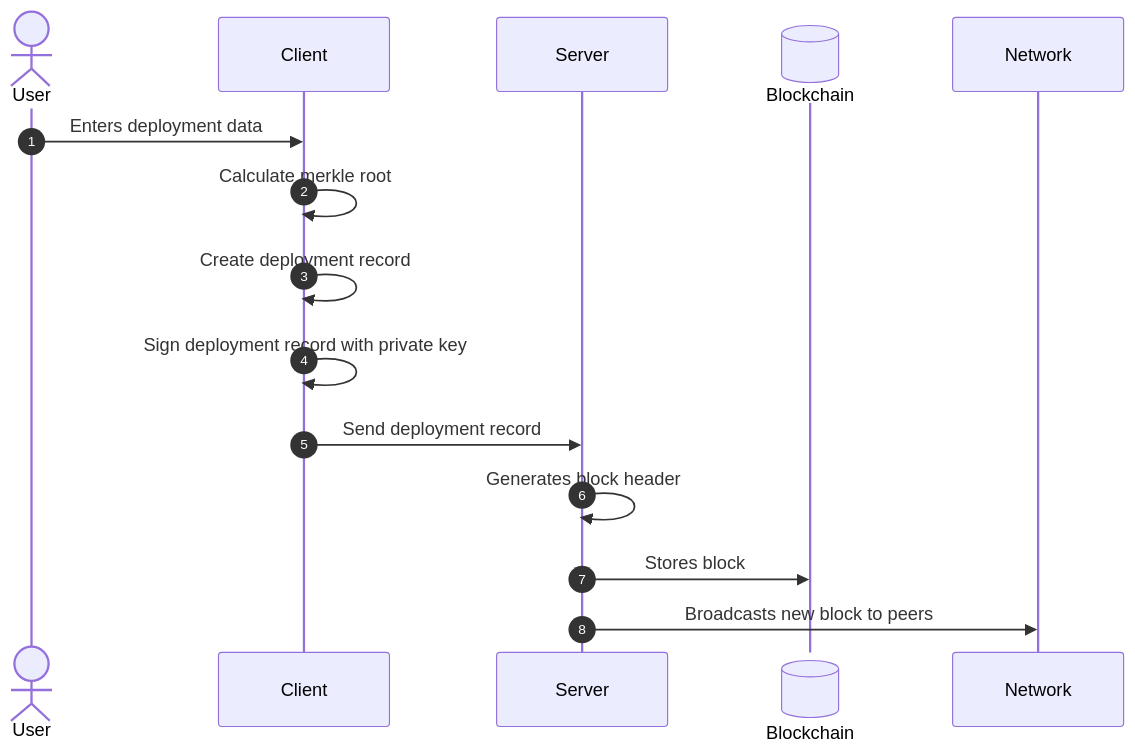
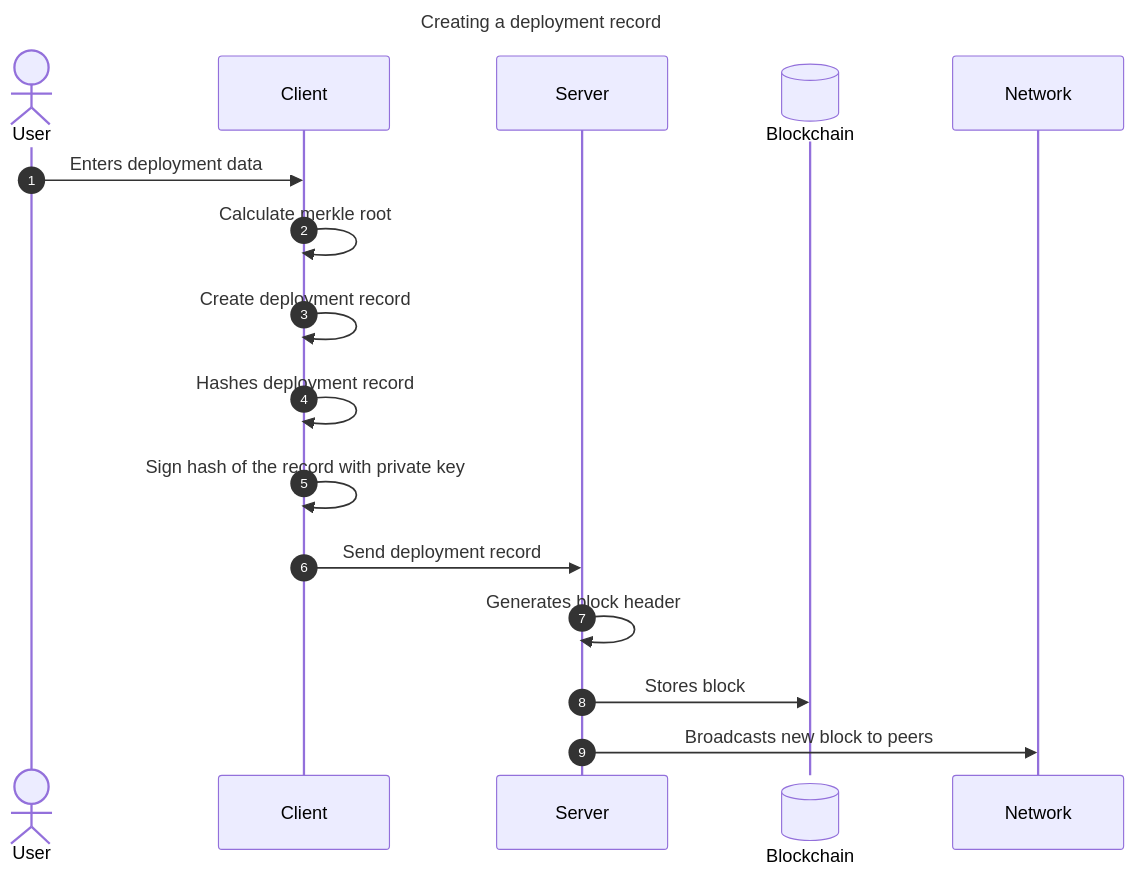
The sixth of 7 diagrams in docs/specs/#1.md (iBrotNano/blockchain_workshop_project), drawn with Mermaid before and after one commit. The commit also changed other lines of this file and 4 other files, not shown here.

````diff
--- a/docs/specs/#1.md
+++ b/docs/specs/#1.md
@@ -175,16 +184,20 @@
 ```mermaid
+---
+title: "Creating a deployment record"
+---
 sequenceDiagram
     autonumber
     actor User
     participant Client
     participant Server
     participant Blockchain@{ "type" : "database" }
     User ->> Client: Enters deployment data
     Client ->> Client: Calculate merkle root
     Client ->> Client: Create deployment record
-    Client ->> Client: Sign deployment record with private key
+    Client ->> Client: Hashes deployment record
+    Client ->> Client: Sign hash of the record with private key
     Client ->> Server: Send deployment record
     Server ->> Server: Generates block header
     Server ->> Blockchain: Stores block
     Server ->> Network: Broadcasts new block to peers
 ```
````
